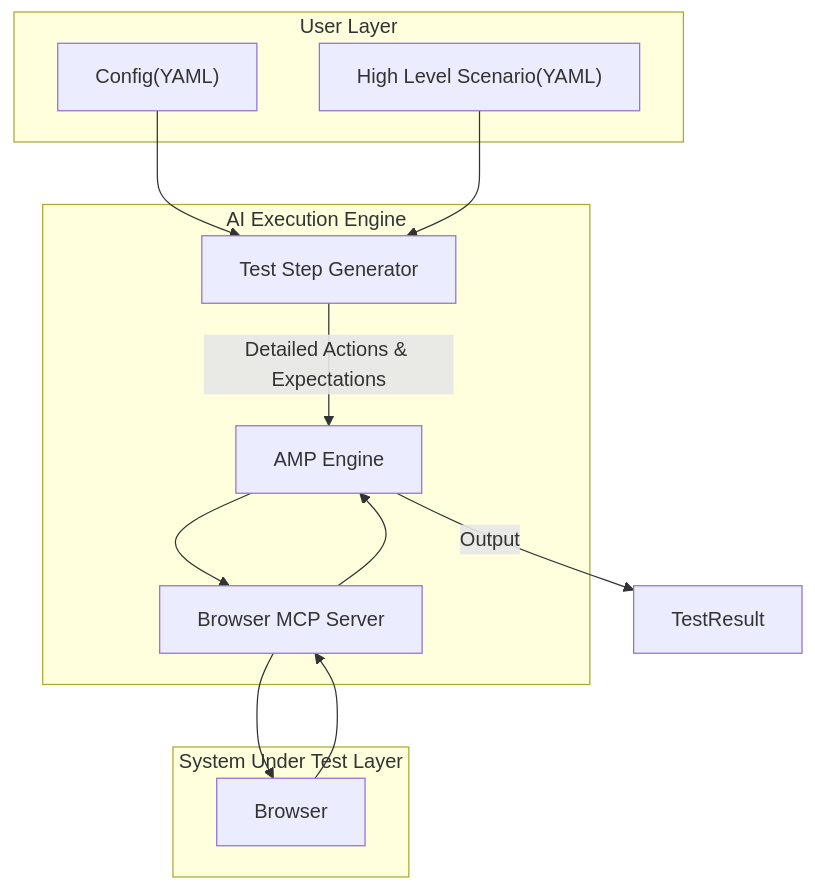
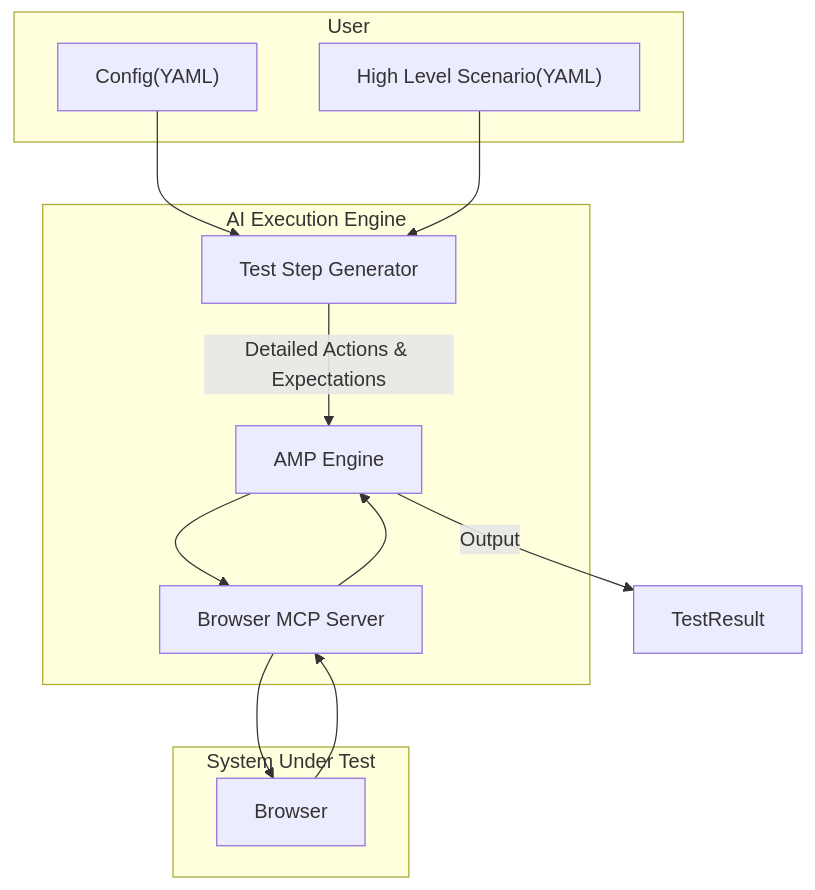
Before and after one commit to priteshmehta/automation_agent: the diagram in README.md, drawn with Mermaid. The commit also changed other lines of this file and 3 other files, not shown here.

````diff
--- a/README.md
+++ b/README.md
@@ -14,28 +16,28 @@
  ```mermaid 
 flowchart TB
     %% Define Layers
-    subgraph L1[User Layer]
+    subgraph L1[User]
         SC["High Level Scenario(YAML)"]
         CFG["Config(YAML)"]
     end
 
     subgraph L2[AI Execution Engine]
         TSG["Test Step Generator"]
         CE["AMP Engine"]
         MCP["Browser MCP Server"]
     end
 
-    subgraph L3[System Under Test Layer]
+    subgraph L3[System Under Test]
         B[Browser]
     end
 
     %% Connections
     CFG --> TSG
     SC --> TSG
     TSG -->|"Detailed Actions & Expectations"| CE
     CE --> MCP
     MCP --> B
     B --> MCP
     MCP --> CE
     CE -->|"Output"| TestResult
 ```
````
